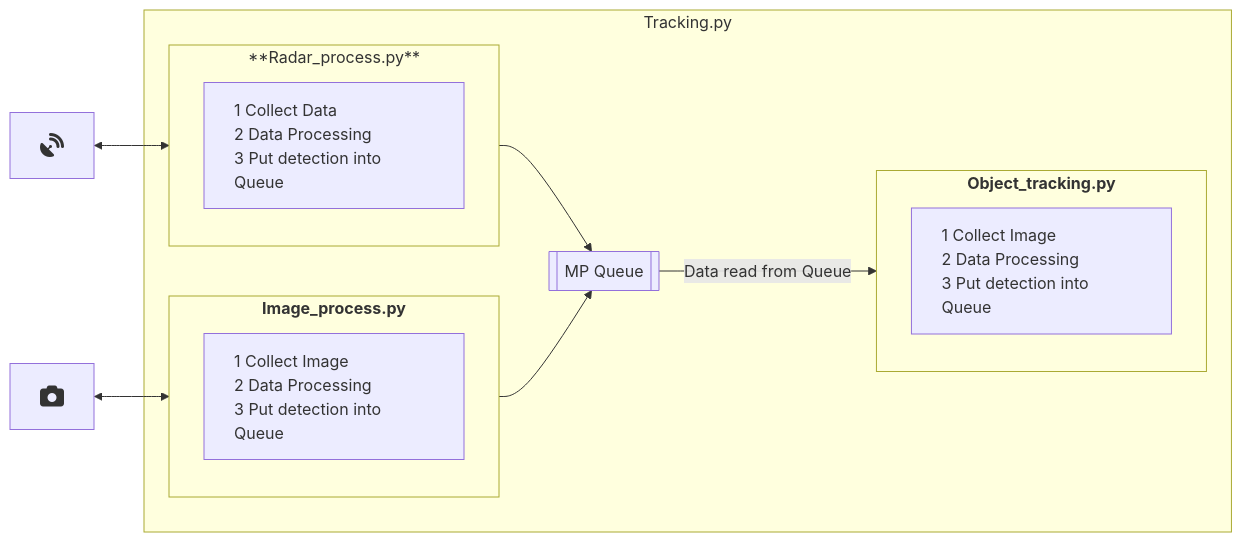
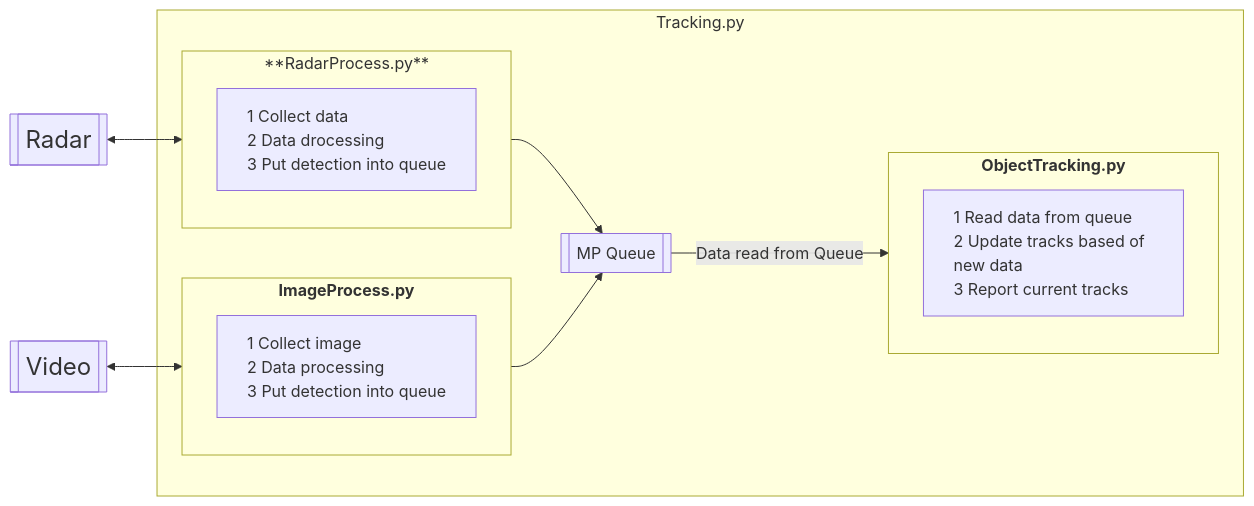
Before and after one commit to nathanbowness/UAV-Object-Tracking: the diagram in README.md, drawn with Mermaid. The commit also changed other lines of this file and 9 other files, not shown here.

Commit message:
Update documentation. More radar processing experiments to identify UAVs from the data.

````diff
--- a/README.md
+++ b/README.md
@@ -89,38 +93,38 @@
 ```mermaid
 flowchart LR
     %% Class definition to allow for bigger icon pictures
     classDef bigNode font-size:24px;
 
     subgraph tracking["Tracking.py"]
         %%  Radar Processing SubGraph
-        subgraph radarProc["**Radar_process.py**"]
+        subgraph radarProc["**RadarProcess.py**"]
             style desc1 text-align:left
-            desc1["`1 Collect Data
-            2 Data Processing
-            3 Put detection into Queue`"]
+            desc1["`1 Collect data
+            2 Data drocessing
+            3 Put detection into queue`"]
         end
 
         %%  Image Processing SubGraph
-        subgraph imageProc["`**Image_process.py**`"]
+        subgraph imageProc["`**ImageProcess.py**`"]
             style desc2 text-align:left
-            desc2["`1 Collect Image
-            2 Data Processing
-            3 Put detection into Queue`"]
+            desc2["`1 Collect image
+            2 Data processing
+            3 Put detection into queue`"]
         end
         Queue[["MP Queue"]]
-        subgraph trackProc["`**Object_tracking.py**`"]
+        subgraph trackProc["`**ObjectTracking.py**`"]
             style desc3 text-align:left
-            desc3["`1 Collect Image
-            2 Data Processing
-            3 Put detection into Queue`"]
+            desc3["`1 Read data from queue
+            2 Update tracks based of new data
+            3 Report current tracks`"]
         end
     end
-    Radar["fa:fa-satellite-dish"]:::bigNode
-    Video["fa:fa-camera"]:::bigNode
+    Radar[["Radar"]]:::bigNode
+    Video[[Video]]:::bigNode
 
     Radar <--> radarProc
     Video <--> imageProc
     radarProc --> Queue
     imageProc --> Queue
     Queue -- Data read from Queue --> trackProc
 ```
````
